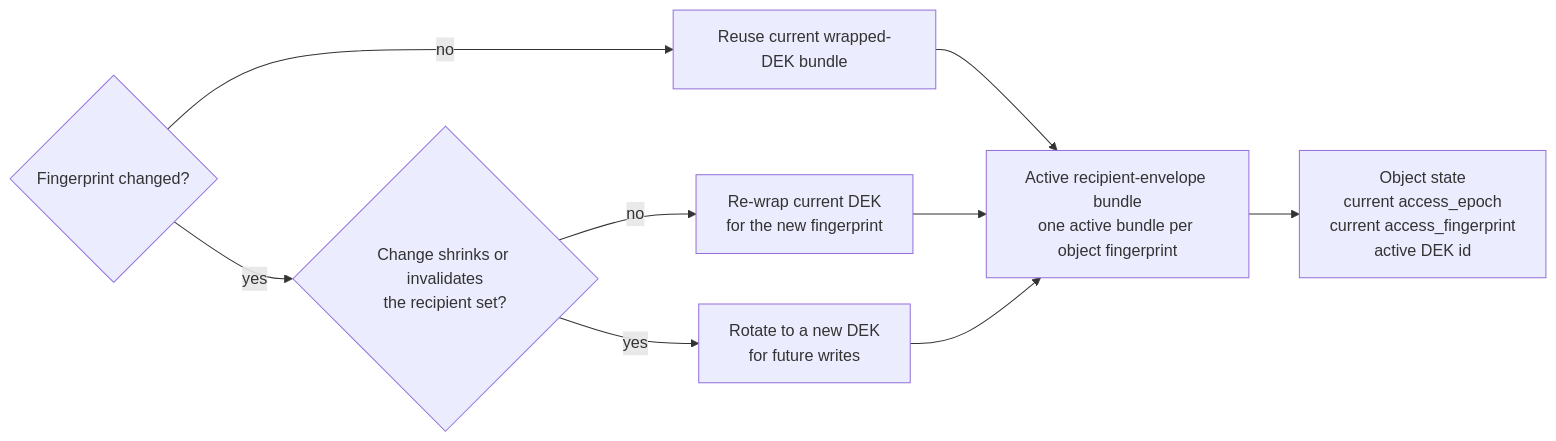
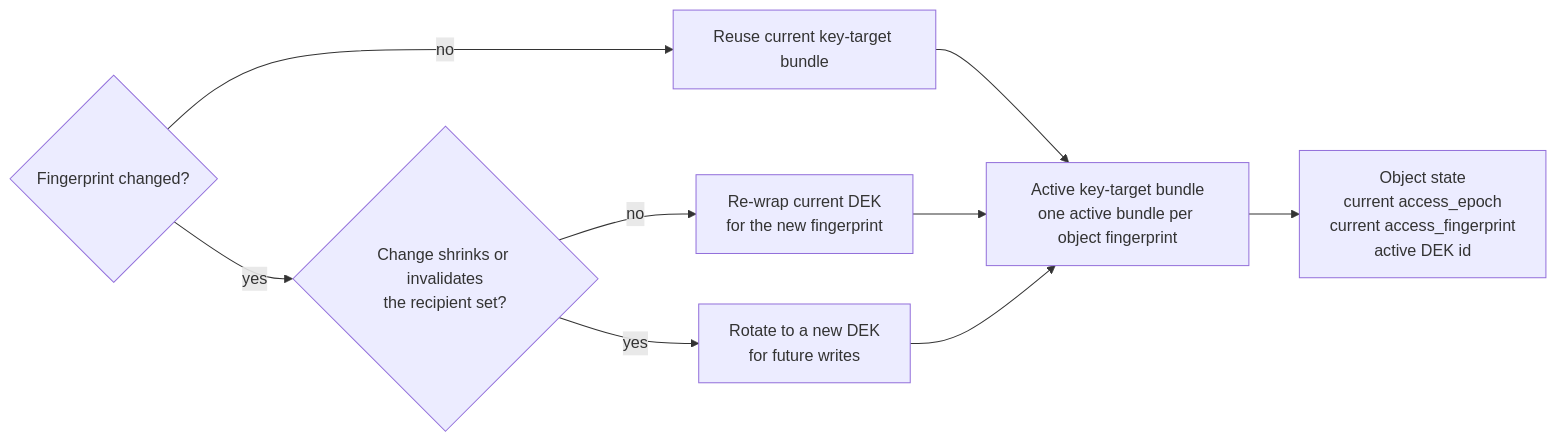
Before and after one commit to a2f0/tearleads: the third of 3 diagrams in docs/access-fingerprint.md, drawn with Mermaid. The commit also changed other lines of this file and 17 other files, not shown here.

Commit message:
cleanup: remove legacy recipient envelope table (#334)

````diff
--- a/docs/access-fingerprint.md
+++ b/docs/access-fingerprint.md
@@ -184,22 +184,22 @@
 ```mermaid
 flowchart LR
   CMP{Fingerprint changed?}
   ROTQ{Change shrinks or invalidates<br/>the recipient set?}
-  KEEP[Reuse current wrapped-DEK bundle]
+  KEEP[Reuse current key-target bundle]
   REWRAP[Re-wrap current DEK<br/>for the new fingerprint]
   ROTATE[Rotate to a new DEK<br/>for future writes]
-  BUNDLE[Active recipient-envelope bundle<br/>one active bundle per object fingerprint]
+  BUNDLE[Active key-target bundle<br/>one active bundle per object fingerprint]
   ST[Object state<br/>current access_epoch<br/>current access_fingerprint<br/>active DEK id]
 
   CMP -- no --> KEEP
   CMP -- yes --> ROTQ
 
   ROTQ -- no --> REWRAP
   ROTQ -- yes --> ROTATE
 
   KEEP --> BUNDLE
   REWRAP --> BUNDLE
   ROTATE --> BUNDLE
 
   BUNDLE --> ST
 ```
````
